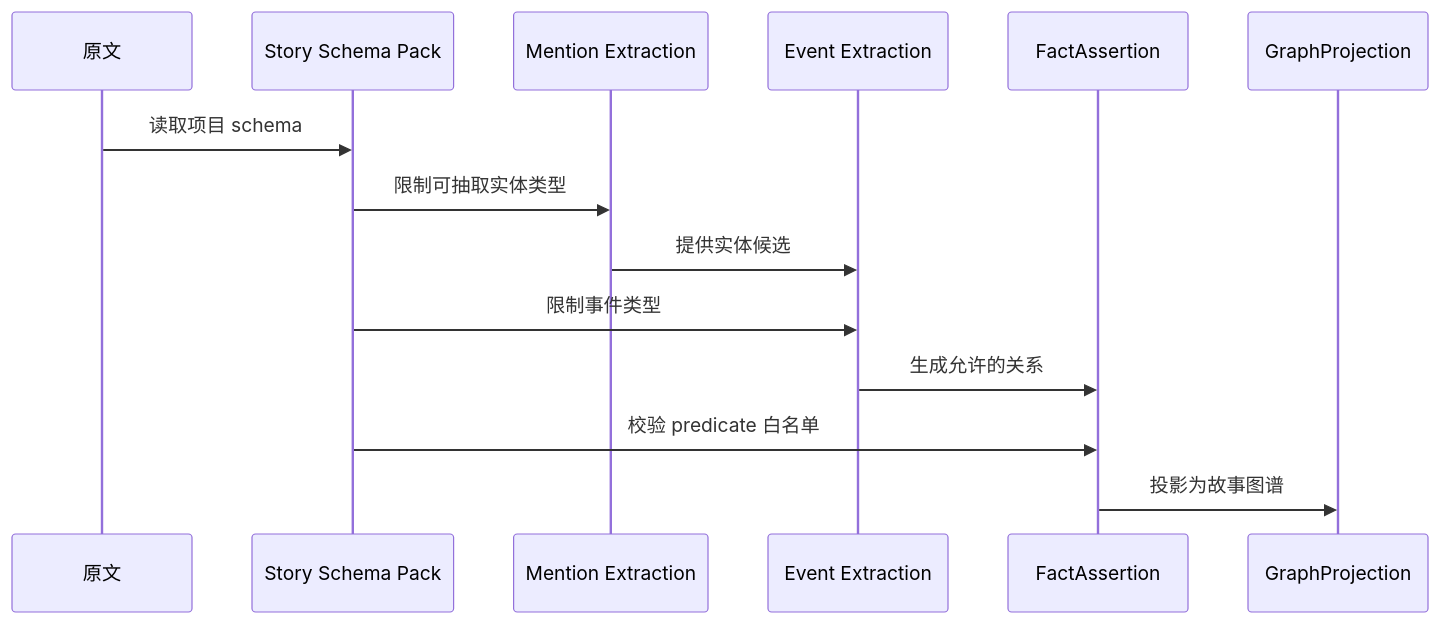
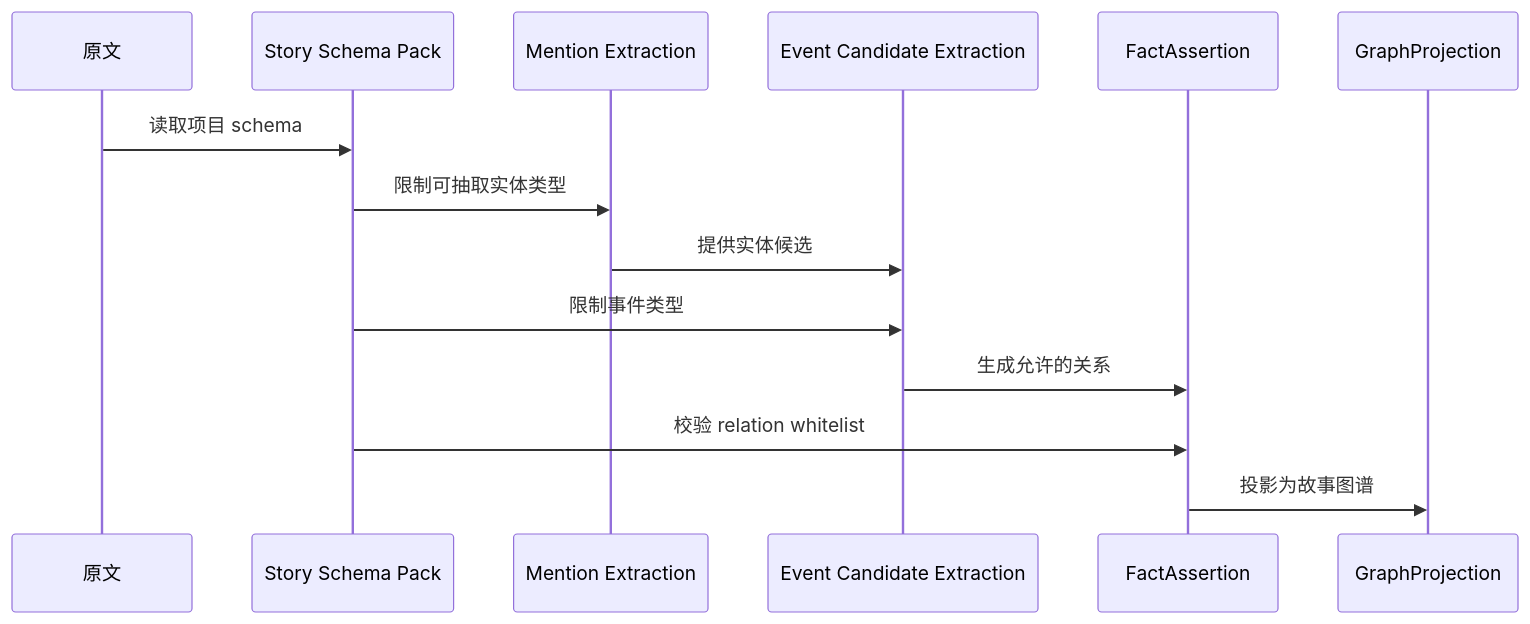
The second of 2 diagrams in goals/14-story-schema-packs.md (FrankQDWang/sextantlabs), drawn with Mermaid before and after one commit. The commit also changed other lines of this file, not shown here.

Commit message:
Define canonical story schema vocabulary

````diff
--- a/goals/14-story-schema-packs.md
+++ b/goals/14-story-schema-packs.md
@@ -146,17 +179,17 @@
 ```mermaid
 sequenceDiagram
     participant Input as 原文
     participant Schema as Story Schema Pack
     participant Mention as Mention Extraction
-    participant Event as Event Extraction
+    participant Event as Event Candidate Extraction
     participant Fact as FactAssertion
     participant Graph as GraphProjection
 
     Input->>Schema: 读取项目 schema
     Schema->>Mention: 限制可抽取实体类型
     Mention->>Event: 提供实体候选
     Schema->>Event: 限制事件类型
     Event->>Fact: 生成允许的关系
-    Schema->>Fact: 校验 predicate 白名单
+    Schema->>Fact: 校验 relation whitelist
     Fact->>Graph: 投影为故事图谱
 ```
````
